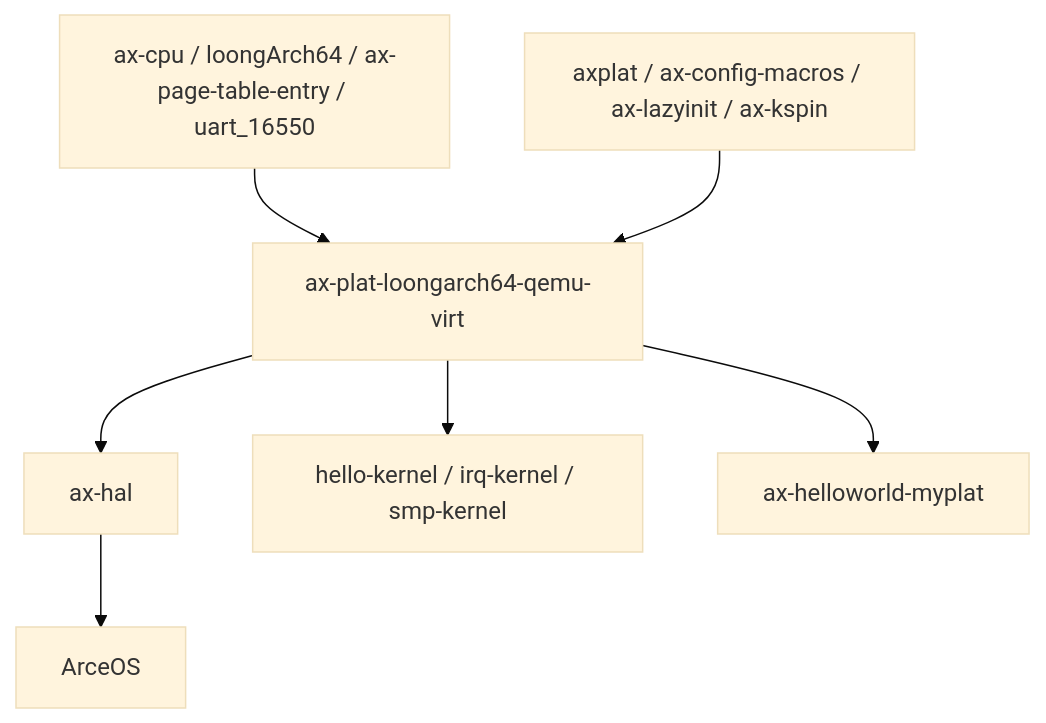
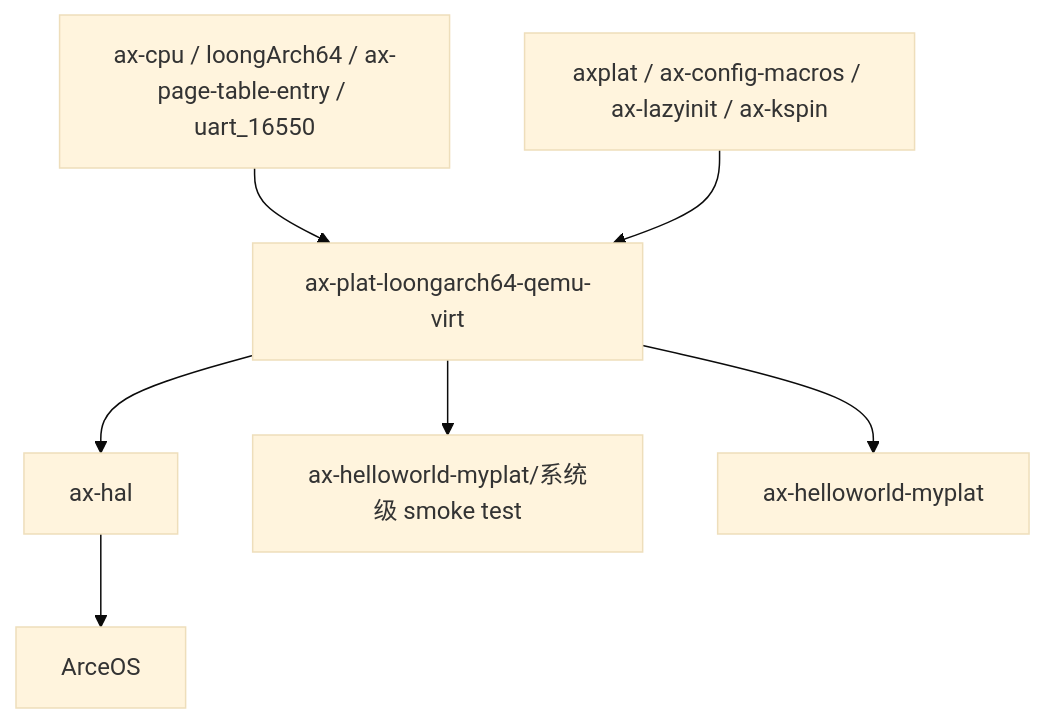
Before and after one commit to rcore-os/tgoskits: the second of 2 diagrams in docs/docs/components/crates/ax-plat-loongarch64-qemu-virt.md, drawn with Mermaid (base theme). The commit also changed other lines of this file and 42 other files, not shown here.

First line of the commit message:
Remove hello-kernel, irq-kernel, and smp-kernel examples

````diff
--- a/docs/docs/components/crates/ax-plat-loongarch64-qemu-virt.md
+++ b/docs/docs/components/crates/ax-plat-loongarch64-qemu-virt.md
@@ -189,9 +186,9 @@
 ```mermaid
 graph TD
     A[ax-cpu / loongArch64 / ax-page-table-entry / uart_16550] --> B[ax-plat-loongarch64-qemu-virt]
     C[axplat / ax-config-macros / ax-lazyinit / ax-kspin] --> B
     B --> D[ax-hal]
-    B --> E[hello-kernel / irq-kernel / smp-kernel]
+    B --> E[ax-helloworld-myplat/系统级 smoke test]
     B --> F[ax-helloworld-myplat]
     D --> G[ArceOS]
 ```
````
